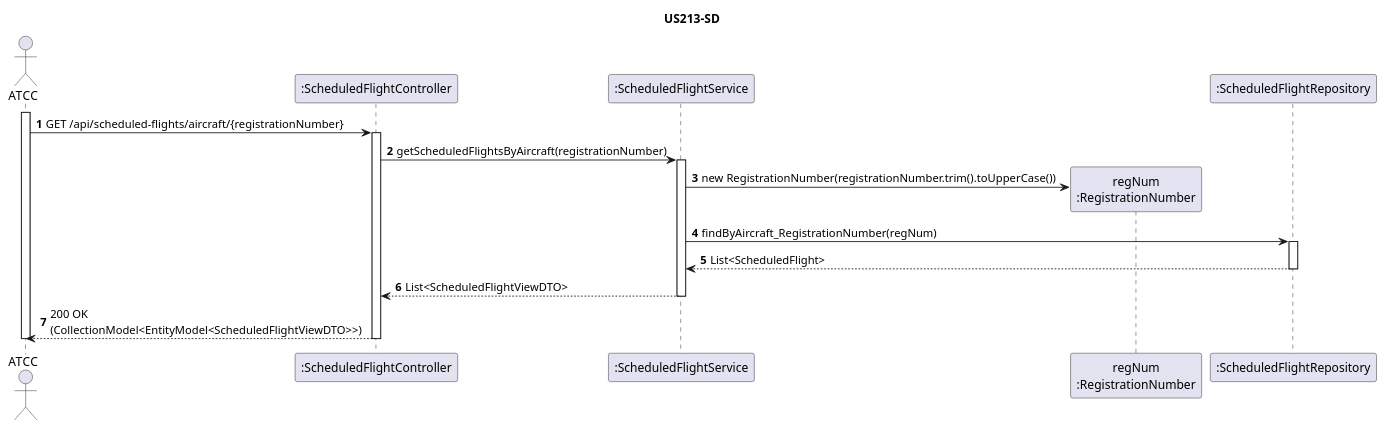
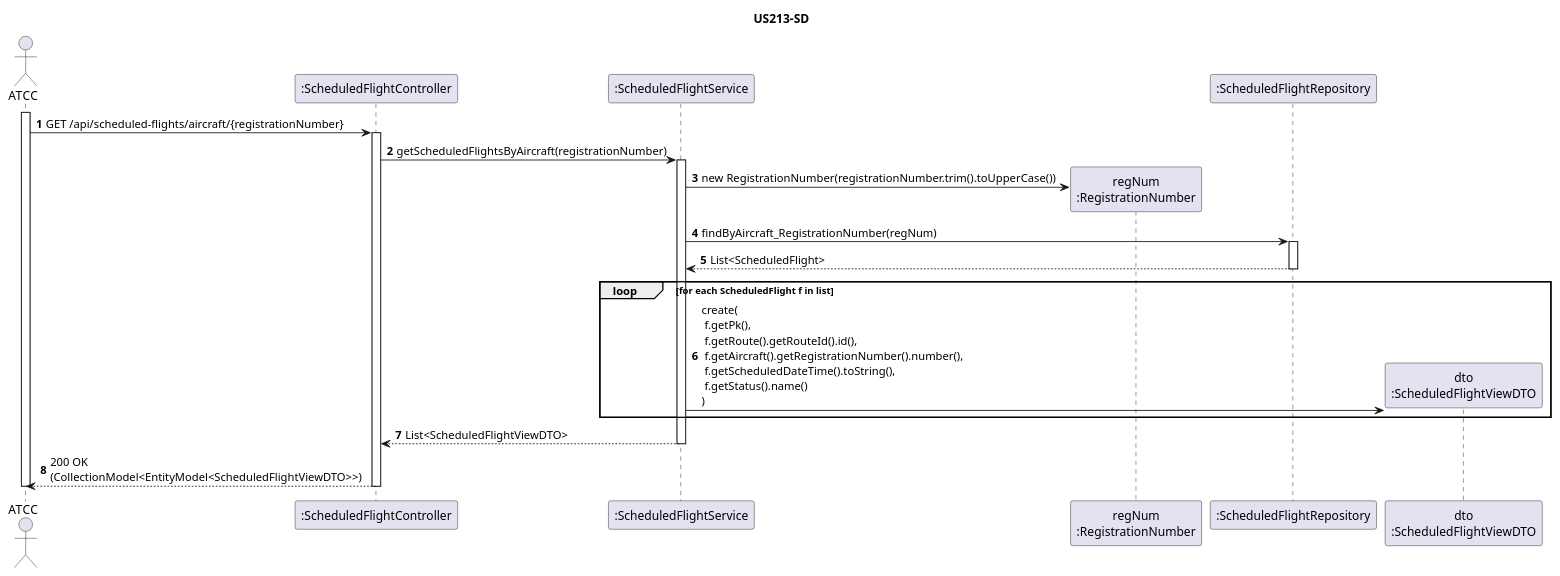
One commit to anamartasilvaa/PSOFT_AISafe_Flight changed the diagram in docs/WP#3B - Enhanced Route Management/US213/US213-SD.puml. Above: the diagram before and after it, drawn with PlantUML. The commit also changed 12 other files, not shown here.

```diff
--- a/docs/WP#3B - Enhanced Route Management/US213/US213-SD.puml
+++ b/docs/WP#3B - Enhanced Route Management/US213/US213-SD.puml
@@ -1,30 +1,35 @@
 @startuml
 title US213-SD
 autonumber
 actor "ATCC" as Operator
 participant ":ScheduledFlightController" as Ctrl
 participant ":ScheduledFlightService" as Service
 participant "regNum\n:RegistrationNumber" as RegNum
 participant ":ScheduledFlightRepository" as Repo
+participant "dto\n:ScheduledFlightViewDTO" as DTO
 
 activate Operator
 Operator -> Ctrl : GET /api/scheduled-flights/aircraft/{registrationNumber}
 activate Ctrl
 
 Ctrl -> Service : getScheduledFlightsByAircraft(registrationNumber)
 activate Service
 
 Service -> RegNum ** : new RegistrationNumber(registrationNumber.trim().toUpperCase())
 
 Service -> Repo : findByAircraft_RegistrationNumber(regNum)
 activate Repo
 Repo --> Service : List<ScheduledFlight>
 deactivate Repo
 
+loop for each ScheduledFlight f in list
+    Service -> DTO ** : create(\n f.getPk(),\n f.getRoute().getRouteId().id(),\n f.getAircraft().getRegistrationNumber().number(),\n f.getScheduledDateTime().toString(),\n f.getStatus().name()\n)
+end
+
 Service --> Ctrl : List<ScheduledFlightViewDTO>
 deactivate Service
 
 Ctrl --> Operator : 200 OK\n(CollectionModel<EntityModel<ScheduledFlightViewDTO>>)
 deactivate Ctrl
 deactivate Operator
 @enduml
```
